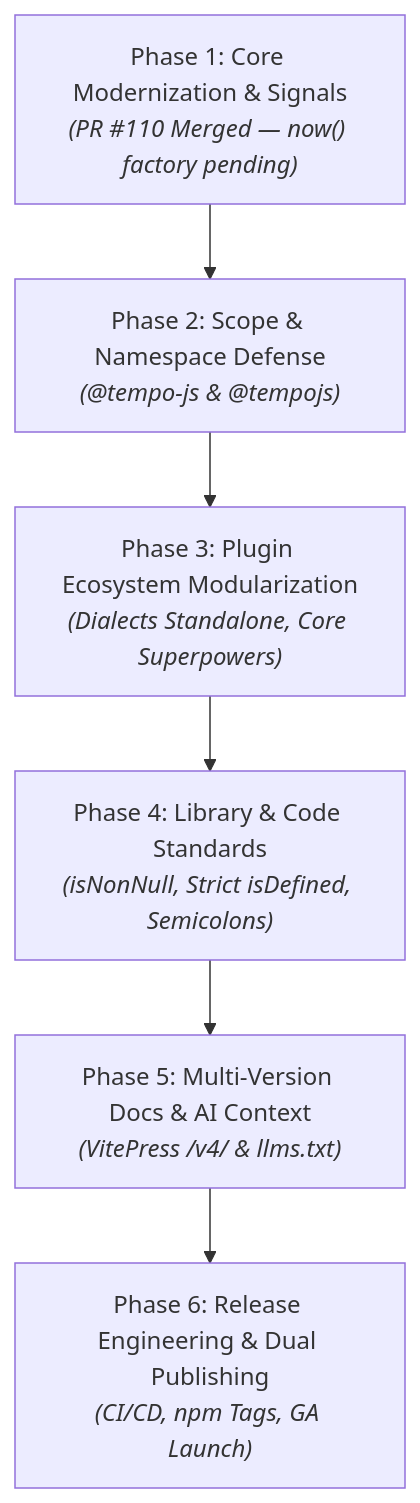
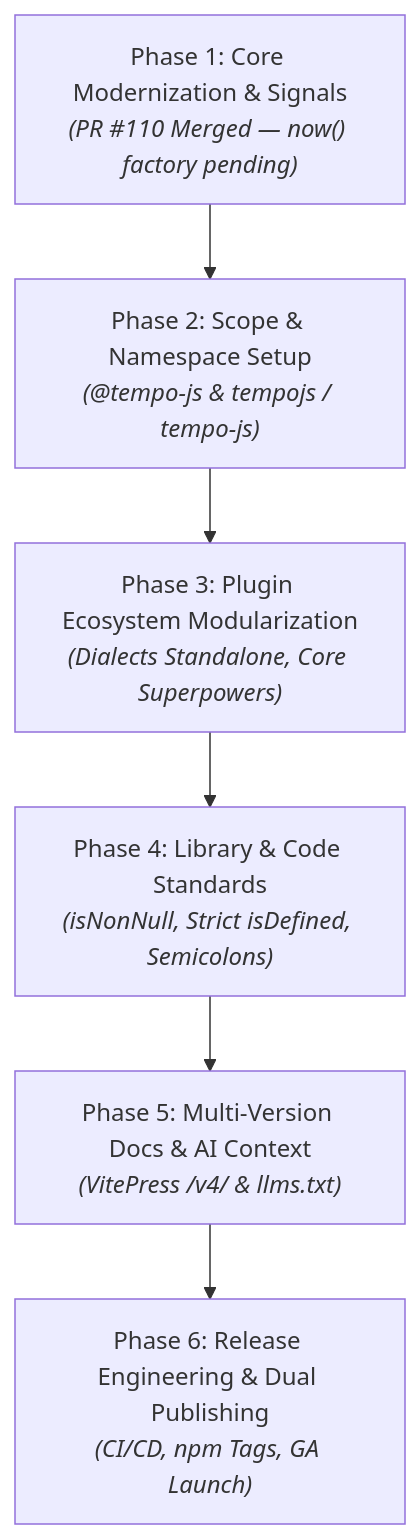
One commit to magmacomputing/magma changed the diagram in packages/tempo/plan/v5-master-plan.md. Above: the diagram before and after it, drawn with Mermaid. The commit also changed other lines of this file and 108 other files, not shown here.

````diff
--- a/packages/tempo/plan/v5-master-plan.md
+++ b/packages/tempo/plan/v5-master-plan.md
@@ -13,8 +13,8 @@
 ```mermaid
 graph TD
-  P1["Phase 1: Core Modernization & Signals<br><i>(PR #110 Merged — now() factory pending)</i>"] --> P2["Phase 2: Scope & Namespace Defense<br><i>(@tempo-js & @tempojs)</i>"]
+  P1["Phase 1: Core Modernization & Signals<br><i>(PR #110 Merged — now() factory pending)</i>"] --> P2["Phase 2: Scope & Namespace Setup<br><i>(@tempo-js & tempojs / tempo-js)</i>"]
   P2 --> P3["Phase 3: Plugin Ecosystem Modularization<br><i>(Dialects Standalone, Core Superpowers)</i>"]
   P3 --> P4["Phase 4: Library & Code Standards<br><i>(isNonNull, Strict isDefined, Semicolons)</i>"]
   P4 --> P5["Phase 5: Multi-Version Docs & AI Context<br><i>(VitePress /v4/ & llms.txt)</i>"]
   P5 --> P6["Phase 6: Release Engineering & Dual Publishing<br><i>(CI/CD, npm Tags, GA Launch)</i>"]
 ```
````
